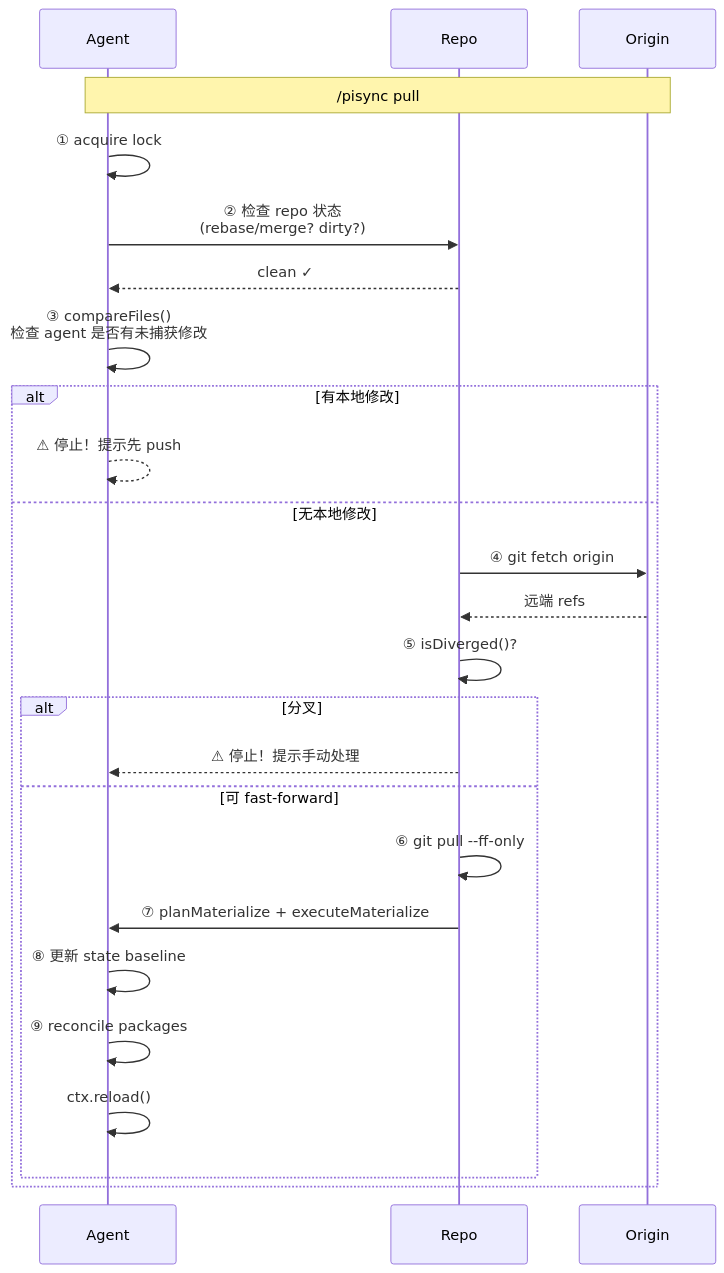
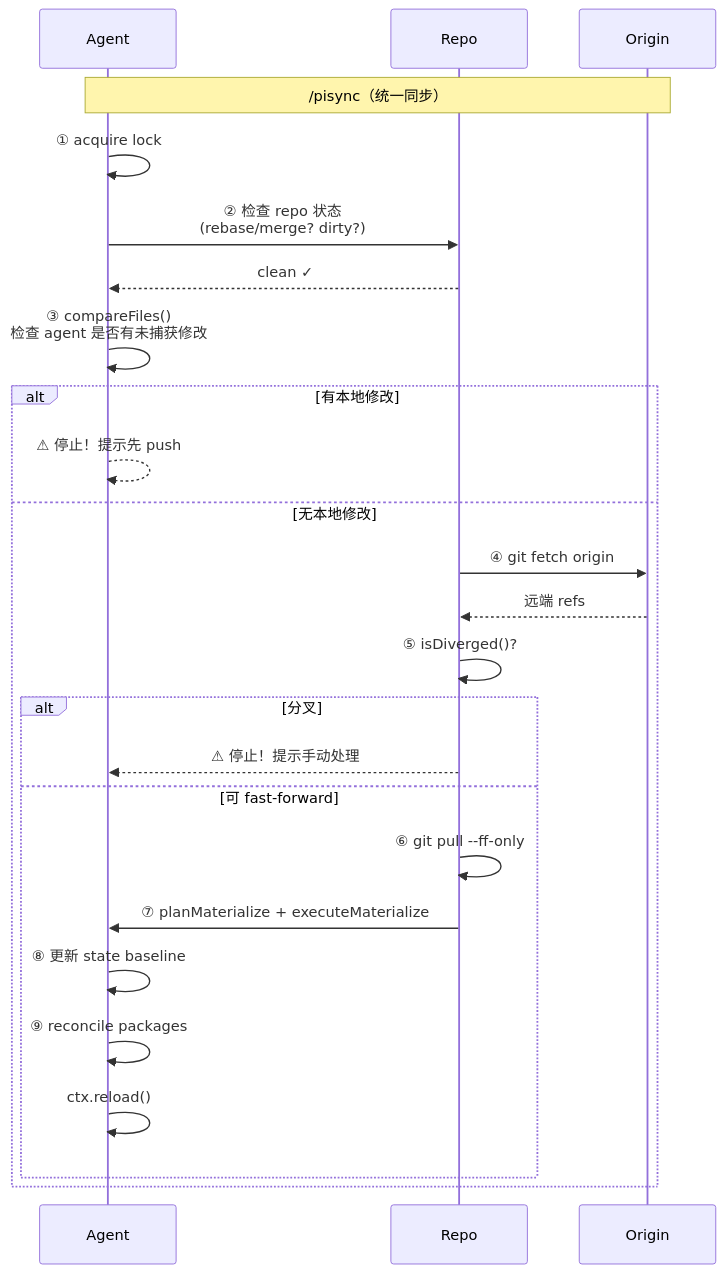
Before and after one commit to jachy-h/pi-git-sync: the sixth of 12 diagrams in docs/architecture.md, drawn with Mermaid. The commit also changed other lines of this file and 19 other files, not shown here.

````diff
--- a/docs/architecture.md
+++ b/docs/architecture.md
@@ -425,34 +425,34 @@
 ```mermaid
 sequenceDiagram
     participant A as Agent
     participant R as Repo
     participant O as Origin
 
-    Note over A,O: /pisync pull
+    Note over A,O: /pisync（统一同步）
 
     A->>A: ① acquire lock
     
     A->>R: ② 检查 repo 状态<br/>(rebase/merge? dirty?)
     R-->>A: clean ✓
     
     A->>A: ③ compareFiles()<br/>检查 agent 是否有未捕获修改
     
     alt 有本地修改
         A-->>A: ⚠ 停止！提示先 push
     else 无本地修改
         R->>O: ④ git fetch origin
         O-->>R: 远端 refs
         
         R->>R: ⑤ isDiverged()?
         
         alt 分叉
             R-->>A: ⚠ 停止！提示手动处理
         else 可 fast-forward
             R->>R: ⑥ git pull --ff-only
             R->>A: ⑦ planMaterialize + executeMaterialize
             A->>A: ⑧ 更新 state baseline
             A->>A: ⑨ reconcile packages
             A->>A: ctx.reload()
         end
     end
 ```
````
